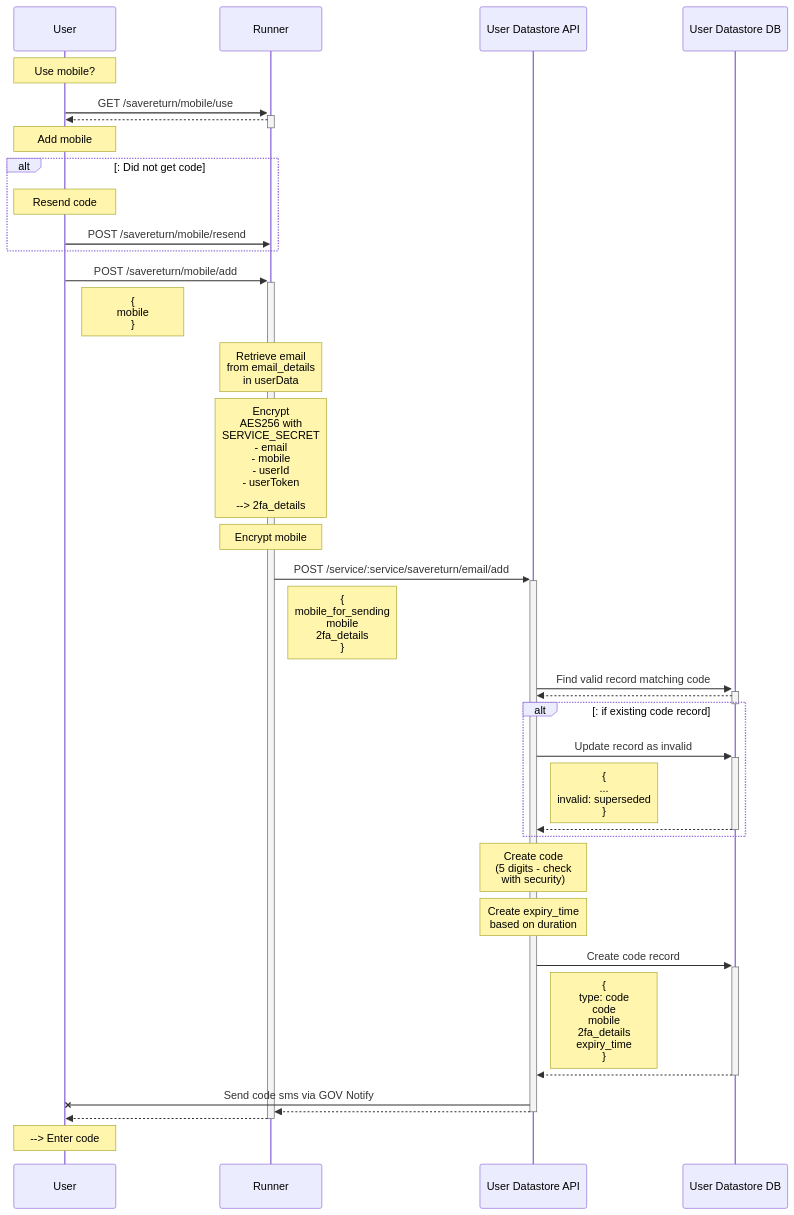
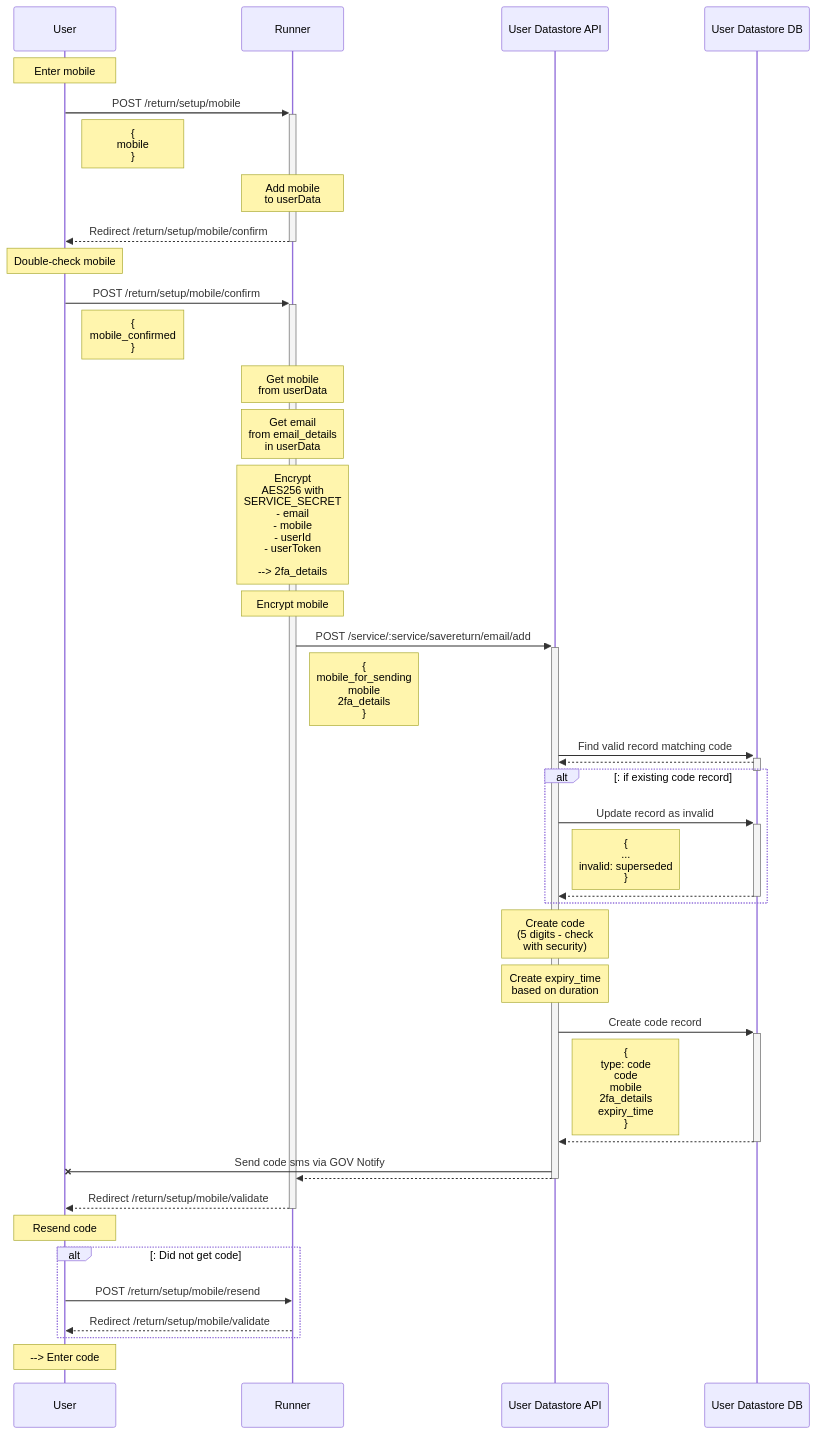
Before and after one commit to ministryofjustice/form-builder: the diagram in documentation/save-and-return/images/save-return--mobile-add.mmd, drawn with Mermaid. The commit also changed 30 other files, not shown here.

Commit message:
Updated with correct urls and full flow

```diff
--- a/documentation/save-and-return/images/save-return--mobile-add.mmd
+++ b/documentation/save-and-return/images/save-return--mobile-add.mmd
@@ -1,71 +1,79 @@
 sequenceDiagram
 
 participant U as User
 
 participant R as Runner
 
 participant DS as User Datastore API
 
 participant DB as User Datastore DB
 
-Note over U: Use mobile?
+Note over U: Enter mobile
 
-U->>+R: GET /savereturn/mobile/use
-
-R-->>-U:  
-
-Note over U: Add mobile
-
-alt: Did not get code
-
-Note over U: Resend code
-
-U->>R: POST /savereturn/mobile/resend
-
-end
-
-U->>+R: POST /savereturn/mobile/add
+U->>+R: POST /return/setup/mobile
 
 Note right of U: {<br>mobile<br>}
 
-Note over R: Retrieve email<br>from email_details<br>in userData
+Note over R: Add mobile <br>to userData
+
+R-->>-U:  Redirect /return/setup/mobile/confirm
+
+Note over U: Double-check mobile
+
+U->>+R: POST /return/setup/mobile/confirm
+
+Note right of U: {<br>mobile_confirmed<br>}
+
+Note over R: Get mobile <br>from userData
+
+Note over R: Get email<br>from email_details<br>in userData
 
 Note over R: Encrypt<br>AES256 with<br>SERVICE_SECRET<br>- email<br>- mobile<br>- userId<br>- userToken<br><br>--> 2fa_details
 
 Note over R: Encrypt mobile
 
 R->>+DS: POST /service/:service/savereturn/email/add
 
 Note right of R: {<br>mobile_for_sending<br>mobile<br>2fa_details<br>}
 
 DS->>+DB: Find valid record matching code 
 
 DB-->>-DS: 
 
 alt: if existing code record
 
 DS->>+DB: Update record as invalid 
 
 Note right of DS: {<br>...<br>invalid: superseded<br>}
 
 DB-->>-DS: 
 
 end
 
 Note over DS: Create  code<br>(5 digits - check<br>with security)
 
 Note over DS: Create expiry_time<br>based on duration
 
 DS->>+DB: Create code record 
 
 Note right of DS: { <br>type: code<br>code<br>mobile<br>2fa_details<br>expiry_time<br> }
 
 DB-->>-DS: 
 
 DS-XU: Send code sms via GOV Notify
 
 DS-->>-R:  
 
-R-->>-U:  
+R-->>-U:  Redirect /return/setup/mobile/validate
+
+Note over U: Resend code
+
+alt: Did not get code
+
+U->>R: POST /return/setup/mobile/resend
+
+R-->>U: Redirect /return/setup/mobile/validate
+
+end
 
 Note over U: --> Enter code
```
